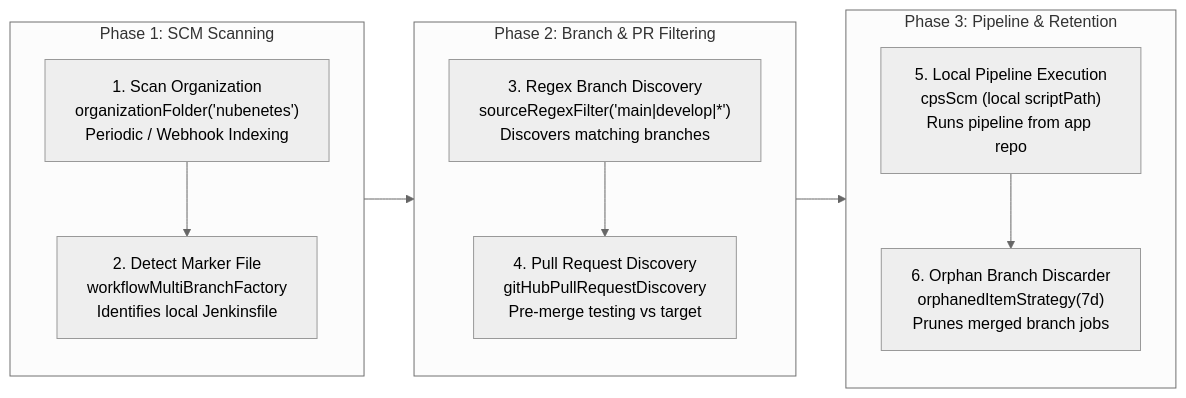
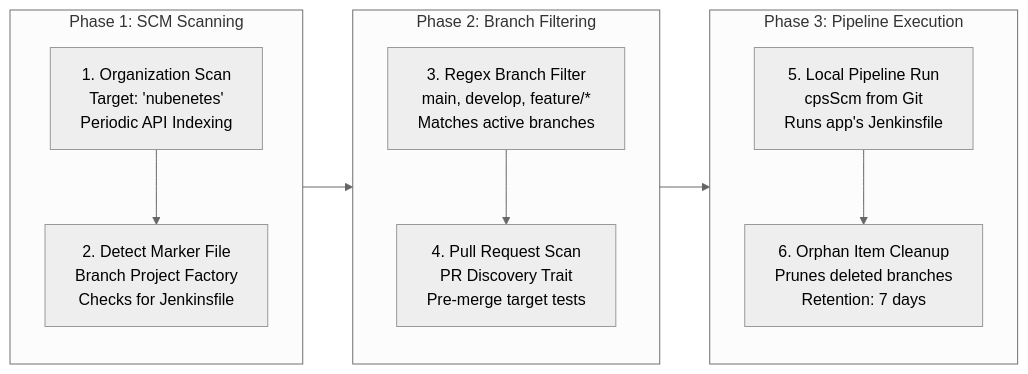
One commit to nubenetes/jenkins-backstage-2026-poc1 changed the fifth of 7 diagrams in README.md. Above: the diagram before and after it, drawn with Mermaid (neutral theme). The commit also changed other lines of this file, not shown here.

Commit message:
fix(docs): constrain line lengths in Mermaid node labels to eliminate SVG text truncation

````diff
--- a/README.md
+++ b/README.md
@@ -233,26 +233,26 @@
 ```mermaid
 flowchart LR
     subgraph P1["Phase 1: SCM Scanning"]
         direction TB
-        A1["1. Scan Organization<br/>organizationFolder('nubenetes')<br/>Periodic / Webhook Indexing"]
-        A2["2. Detect Marker File<br/>workflowMultiBranchFactory<br/>Identifies local Jenkinsfile"]
+        A1["1. Organization Scan<br/>Target: 'nubenetes'<br/>Periodic API Indexing"]
+        A2["2. Detect Marker File<br/>Branch Project Factory<br/>Checks for Jenkinsfile"]
         A1 --> A2
     end
 
-    subgraph P2["Phase 2: Branch & PR Filtering"]
+    subgraph P2["Phase 2: Branch Filtering"]
         direction TB
-        B1["3. Regex Branch Discovery<br/>sourceRegexFilter('main|develop|*')<br/>Discovers matching branches"]
-        B2["4. Pull Request Discovery<br/>gitHubPullRequestDiscovery<br/>Pre-merge testing vs target"]
+        B1["3. Regex Branch Filter<br/>main, develop, feature/*<br/>Matches active branches"]
+        B2["4. Pull Request Scan<br/>PR Discovery Trait<br/>Pre-merge target tests"]
         B1 --> B2
     end
 
-    subgraph P3["Phase 3: Pipeline & Retention"]
+    subgraph P3["Phase 3: Pipeline Execution"]
         direction TB
-        C1["5. Local Pipeline Execution<br/>cpsScm (local scriptPath)<br/>Runs pipeline from app repo"]
-        C2["6. Orphan Branch Discarder<br/>orphanedItemStrategy(7d)<br/>Prunes merged branch jobs"]
+        C1["5. Local Pipeline Run<br/>cpsScm from Git<br/>Runs app's Jenkinsfile"]
+        C2["6. Orphan Item Cleanup<br/>Prunes deleted branches<br/>Retention: 7 days"]
         C1 --> C2
     end
 
     P1 --> P2
     P2 --> P3
 ```
````
